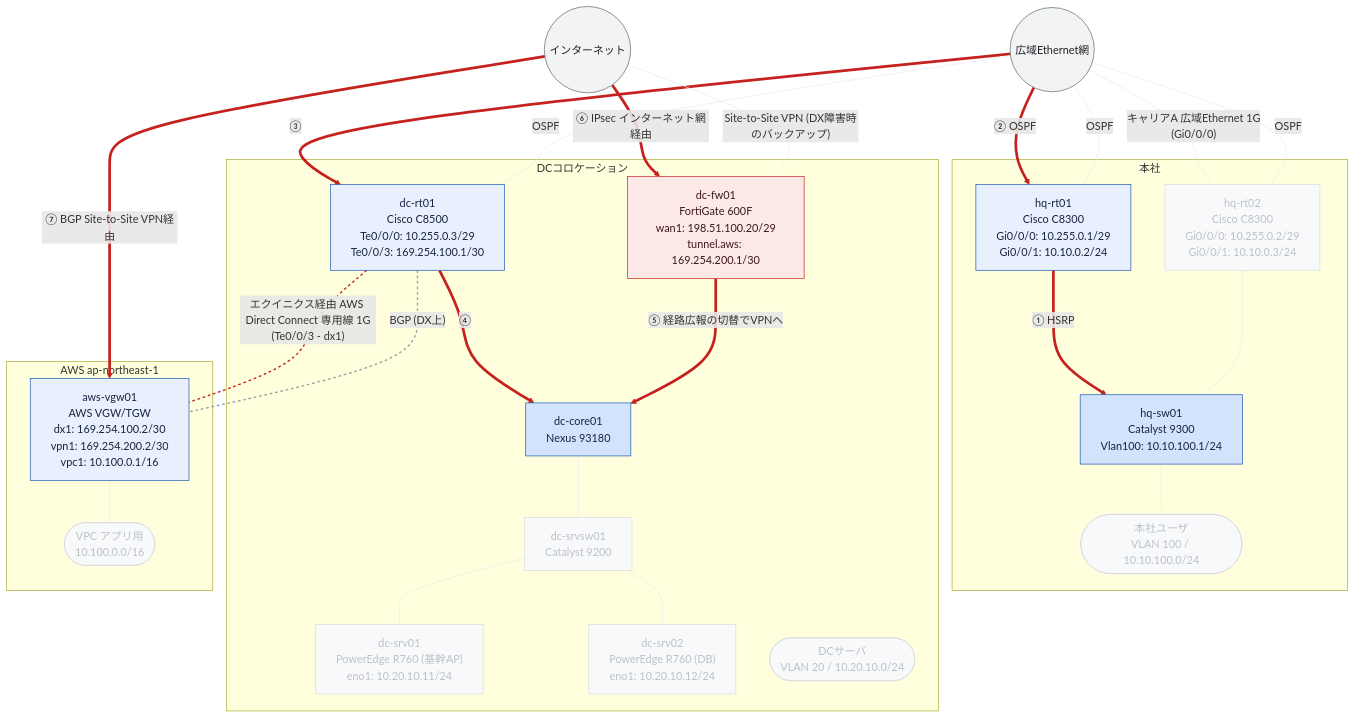
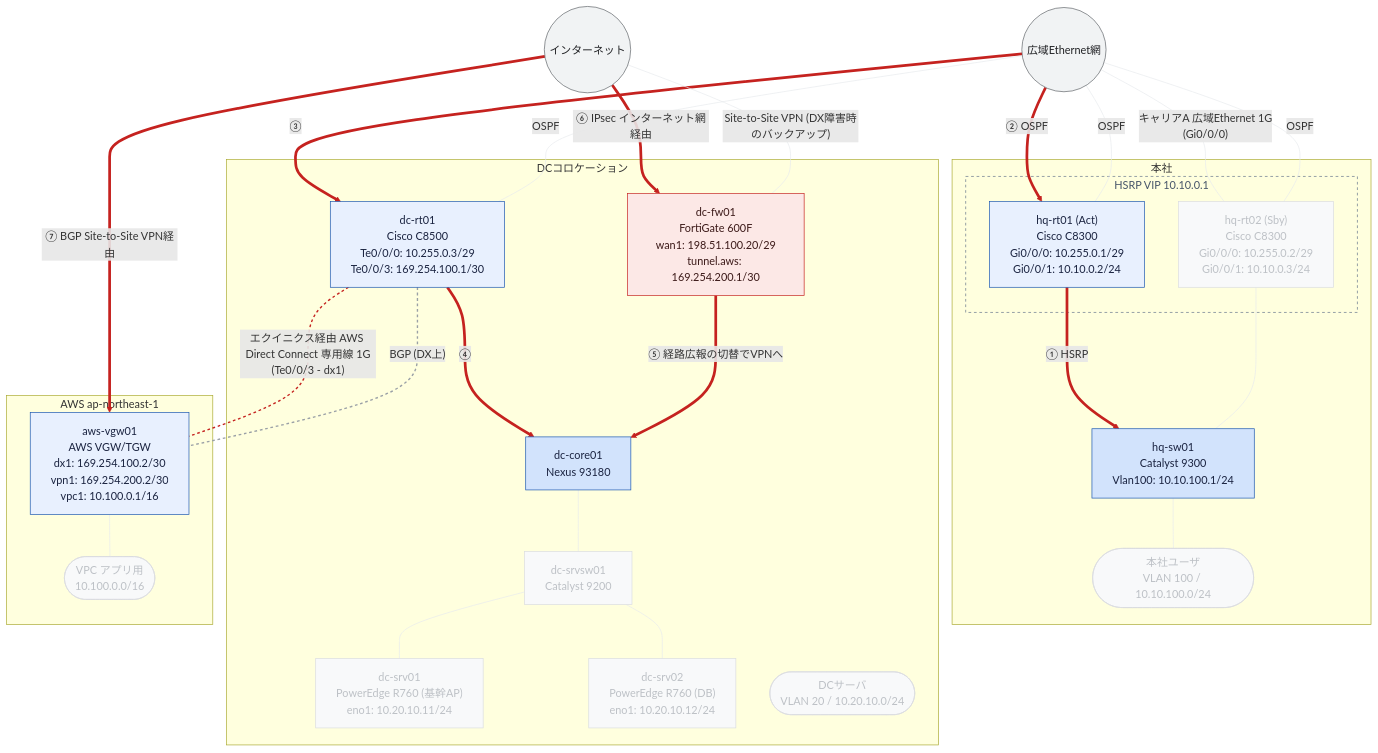
One commit to thinas1115/nwdsl changed the diagram in examples/hq-dc-cloud/generated/path-dx-fail.mmd. Above: the diagram before and after it, drawn with Mermaid. The commit also changed 91 other files, not shown here.

```diff
--- a/examples/hq-dc-cloud/generated/path-dx-fail.mmd
+++ b/examples/hq-dc-cloud/generated/path-dx-fail.mmd
@@ -1,63 +1,66 @@
 flowchart TB
   subgraph sg_hq["本社"]
-    hq_rt01["hq-rt01<br>Cisco C8300<br>Gi0/0/0: 10.255.0.1/29<br>Gi0/0/1: 10.10.0.2/24"]
+    subgraph rg_hq_wan["HSRP VIP 10.10.0.1"]
+      hq_rt01["hq-rt01 (Act)<br>Cisco C8300<br>Gi0/0/0: 10.255.0.1/29<br>Gi0/0/1: 10.10.0.2/24"]
+      hq_rt02["hq-rt02 (Sby)<br>Cisco C8300<br>Gi0/0/0: 10.255.0.2/29<br>Gi0/0/1: 10.10.0.3/24"]
+    end
     hq_sw01["hq-sw01<br>Catalyst 9300<br>Vlan100: 10.10.100.1/24"]
-    hq_rt02["hq-rt02<br>Cisco C8300<br>Gi0/0/0: 10.255.0.2/29<br>Gi0/0/1: 10.10.0.3/24"]
     seg__hq_users(["本社ユーザ<br>VLAN 100 / 10.10.100.0/24"])
   end
   subgraph sg_dc["DCコロケーション"]
     dc_rt01["dc-rt01<br>Cisco C8500<br>Te0/0/0: 10.255.0.3/29<br>Te0/0/3: 169.254.100.1/30"]
     dc_core01["dc-core01<br>Nexus 93180"]
     dc_fw01["dc-fw01<br>FortiGate 600F<br>wan1: 198.51.100.20/29<br>tunnel.aws: 169.254.200.1/30"]
     dc_srvsw01["dc-srvsw01<br>Catalyst 9200"]
     dc_srv01["dc-srv01<br>PowerEdge R760 (基幹AP)<br>eno1: 10.20.10.11/24"]
     dc_srv02["dc-srv02<br>PowerEdge R760 (DB)<br>eno1: 10.20.10.12/24"]
     seg__dc_servers(["DCサーバ<br>VLAN 20 / 10.20.10.0/24"])
   end
   subgraph sg_aws["AWS ap-northeast-1"]
     aws_vgw01["aws-vgw01<br>AWS VGW/TGW<br>dx1: 169.254.100.2/30<br>vpn1: 169.254.200.2/30<br>vpc1: 10.100.0.1/16"]
     seg__aws_vpc_app(["VPC アプリ用<br>10.100.0.0/16"])
   end
   wide_ether(("広域Ethernet網"))
   internet(("インターネット"))
   hq_rt01 -->|"① HSRP"| hq_sw01
   hq_rt02 --- hq_sw01
   dc_rt01 -->|"④"| dc_core01
   dc_fw01 -->|"⑤ 経路広報の切替でVPNへ"| dc_core01
   dc_core01 --- dc_srvsw01
   dc_srvsw01 --- dc_srv01
   dc_srvsw01 --- dc_srv02
   wide_ether -->|"② OSPF"| hq_rt01
   wide_ether ---|"キャリアA 広域Ethernet 1G<br>(Gi0/0/0)"| hq_rt02
   wide_ether -->|"③"| dc_rt01
   dc_rt01 ---|"エクイニクス経由 AWS Direct Connect 専用線 1G<br>(Te0/0/3 - dx1)"| aws_vgw01
   internet -->|"⑥ IPsec インターネット網経由"| dc_fw01
   internet ---|"Site-to-Site VPN (DX障害時のバックアップ)"| dc_fw01
   internet -->|"⑦ BGP Site-to-Site VPN経由"| aws_vgw01
   wide_ether ---|"OSPF"| hq_rt01
   wide_ether ---|"OSPF"| dc_rt01
   wide_ether ---|"OSPF"| hq_rt02
   dc_rt01 ---|"BGP (DX上)"| aws_vgw01
   hq_sw01 --- seg__hq_users
   aws_vgw01 --- seg__aws_vpc_app
 
   classDef node_dim fill:#f8f9fa,stroke:#dadce0,color:#bdc1c6
   classDef node_failed fill:#fce8e6,stroke:#c5221f,color:#3c1a19
   classDef role_router fill:#e8f0fe,stroke:#1a56b0,color:#1a2340
   classDef role_l3switch fill:#d2e3fc,stroke:#1a56b0,color:#1a2340
   classDef role_l2switch fill:#e6f4ea,stroke:#137333,color:#1a2e1f
   classDef role_firewall fill:#fce8e6,stroke:#c5221f,color:#3c1a19
   classDef role_other fill:#f1f3f4,stroke:#5f6368,color:#202124
   classDef node_cloud fill:#f1f3f4,stroke:#5f6368,color:#202124
   classDef node_site fill:#fff8e1,stroke:#b58105,color:#4a3a08
   classDef node_segment fill:#e2f5f0,stroke:#0f766e,color:#0b3d38
   classDef node_external fill:#ffffff,stroke:#9aa0a6,stroke-dasharray:3 3,color:#5f6368
   class hq_rt01,dc_rt01,aws_vgw01 role_router
   class hq_sw01,dc_core01 role_l3switch
   class hq_rt02,dc_srvsw01,dc_srv01,dc_srv02,seg__hq_users,seg__dc_servers,seg__aws_vpc_app node_dim
   class dc_fw01 role_firewall
   class wide_ether,internet node_cloud
   linkStyle 0,2,3,7,9,11,13 stroke:#c5221f,stroke-width:4px
   linkStyle 1,4,5,6,8,12,14,15,16,18,19 stroke:#e8eaed,stroke-width:1px
   linkStyle 10 stroke:#c5221f,stroke-width:2px,stroke-dasharray:4 4
   linkStyle 17 stroke:#9aa0a6,stroke-width:2px,stroke-dasharray:4 4
+  style rg_hq_wan fill:none,stroke:#64748b,stroke-dasharray:4 4,color:#475569
```
